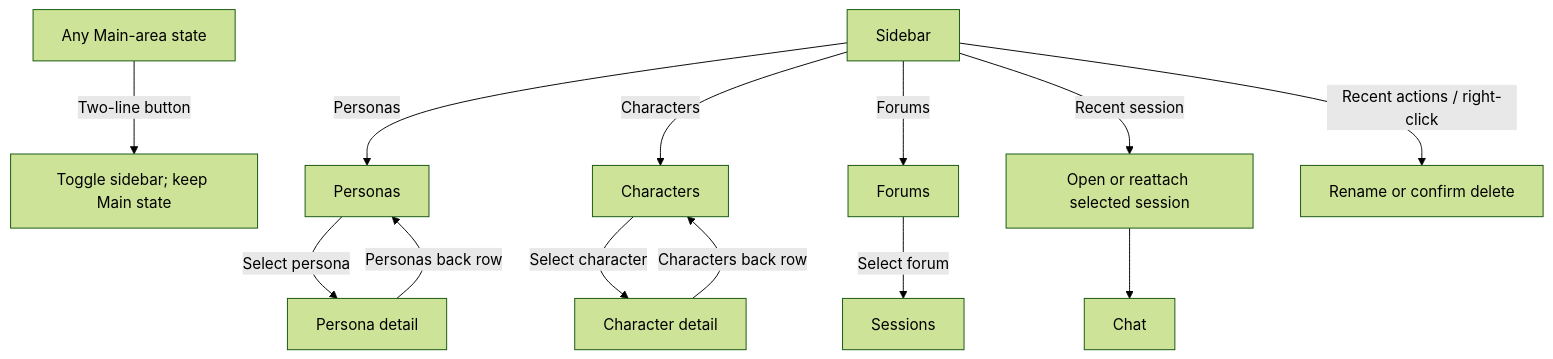
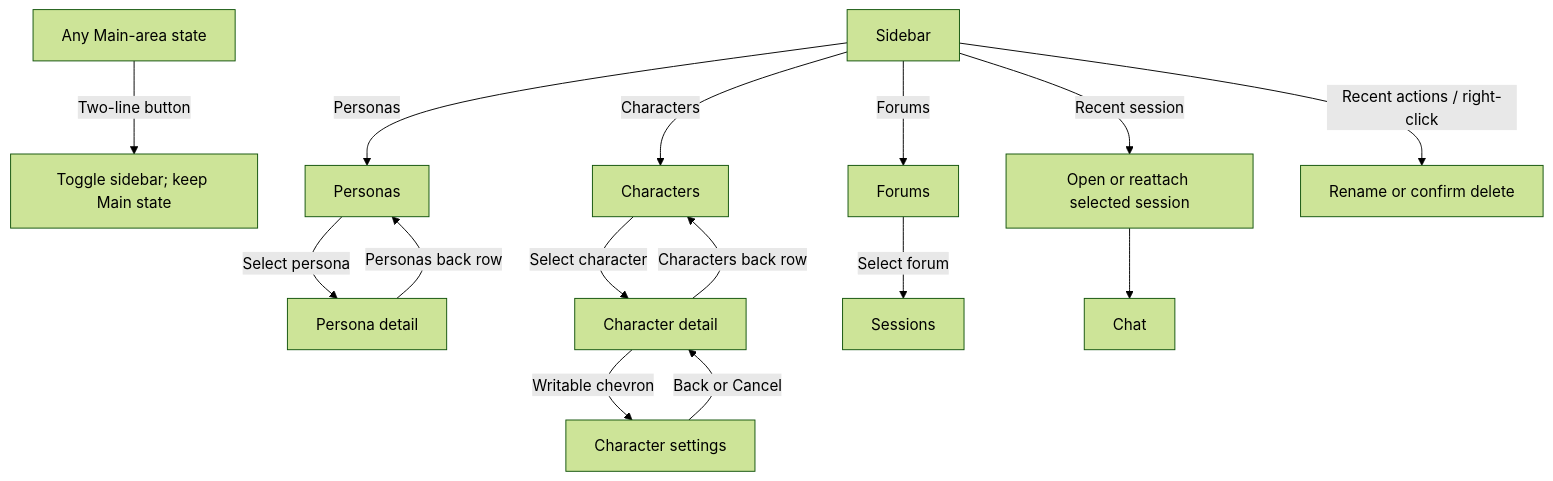
One commit to michaelpopov/cha changed the first of 7 diagrams in docs/web-ui/flows.md. Above: the diagram before and after it, drawn with Mermaid (forest theme). The commit also changed other lines of this file and 11 other files, not shown here.

````diff
--- a/docs/web-ui/flows.md
+++ b/docs/web-ui/flows.md
@@ -7,15 +7,17 @@
 ```mermaid
 flowchart TD
     Main["Any Main-area state"] -->|"Two-line button"| Toggle["Toggle sidebar; keep Main state"]
     Sidebar["Sidebar"] -->|"Personas"| Personas["Personas"]
     Sidebar -->|"Characters"| Characters["Characters"]
     Sidebar -->|"Forums"| Forums["Forums"]
     Sidebar -->|"Recent session"| Open["Open or reattach selected session"]
     Sidebar -->|"Recent actions / right-click"| Maintain["Rename or confirm delete"]
     Personas -->|"Select persona"| PersonaDetail["Persona detail"]
     PersonaDetail -->|"Personas back row"| Personas
     Characters -->|"Select character"| Detail["Character detail"]
     Detail -->|"Characters back row"| Characters
+    Detail -->|"Writable chevron"| Settings["Character settings"]
+    Settings -->|"Back or Cancel"| Detail
     Forums -->|"Select forum"| Sessions["Sessions"]
     Open --> Chat["Chat"]
 ```
````
